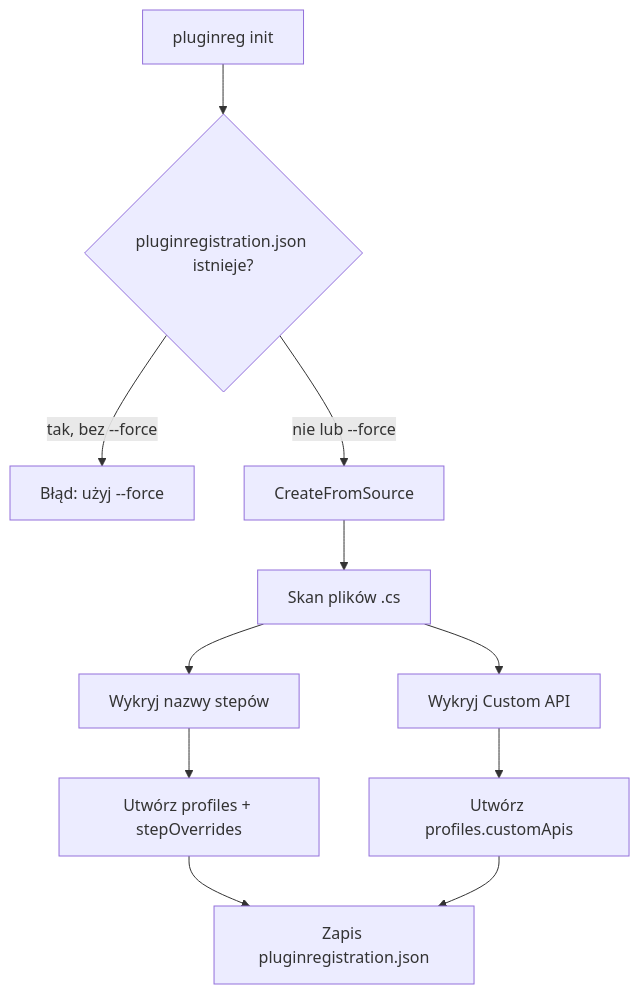
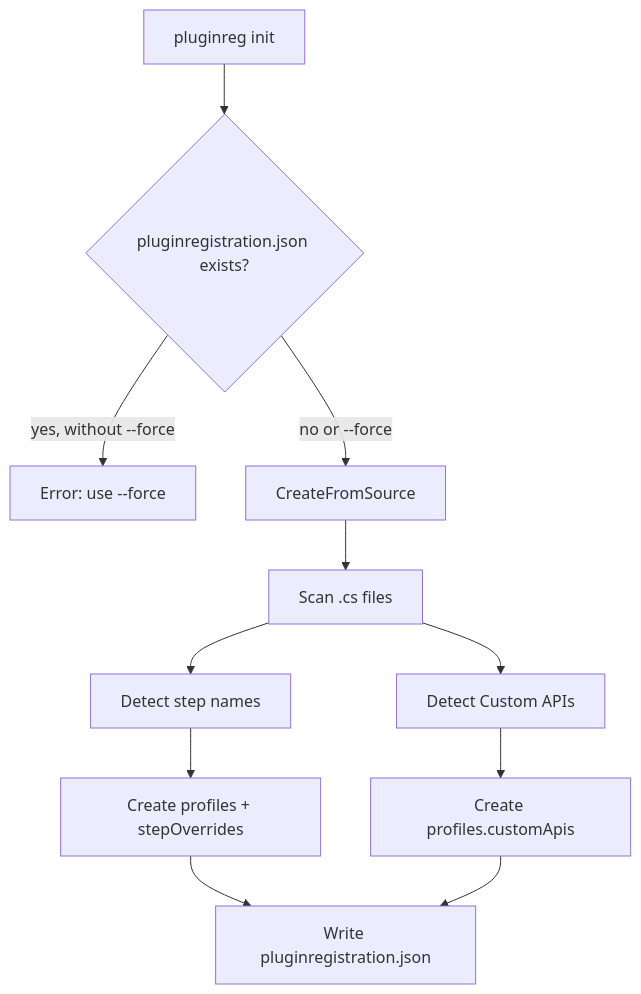
Before and after one commit to crstPawel/PluginRegistration: the diagram in docs/init.md, drawn with Mermaid. The commit also changed other lines of this file and 59 other files, not shown here.

````diff
--- a/docs/init.md
+++ b/docs/init.md
@@ -11,13 +13,13 @@
 ```mermaid
 flowchart TD
-    A["pluginreg init"] --> B{"pluginregistration.json istnieje?"}
-    B -->|tak, bez --force| C["Błąd: użyj --force"]
-    B -->|nie lub --force| D["CreateFromSource"]
-    D --> E["Skan plików .cs"]
-    E --> F["Wykryj nazwy stepów"]
-    E --> G["Wykryj Custom API"]
-    F --> H["Utwórz profiles + stepOverrides"]
-    G --> I["Utwórz profiles.customApis"]
-    H --> J["Zapis pluginregistration.json"]
+    A["pluginreg init"] --> B{"pluginregistration.json exists?"}
+    B -->|yes, without --force| C["Error: use --force"]
+    B -->|no or --force| D["CreateFromSource"]
+    D --> E["Scan .cs files"]
+    E --> F["Detect step names"]
+    E --> G["Detect Custom APIs"]
+    F --> H["Create profiles + stepOverrides"]
+    G --> I["Create profiles.customApis"]
+    H --> J["Write pluginregistration.json"]
     I --> J
 ```
````
